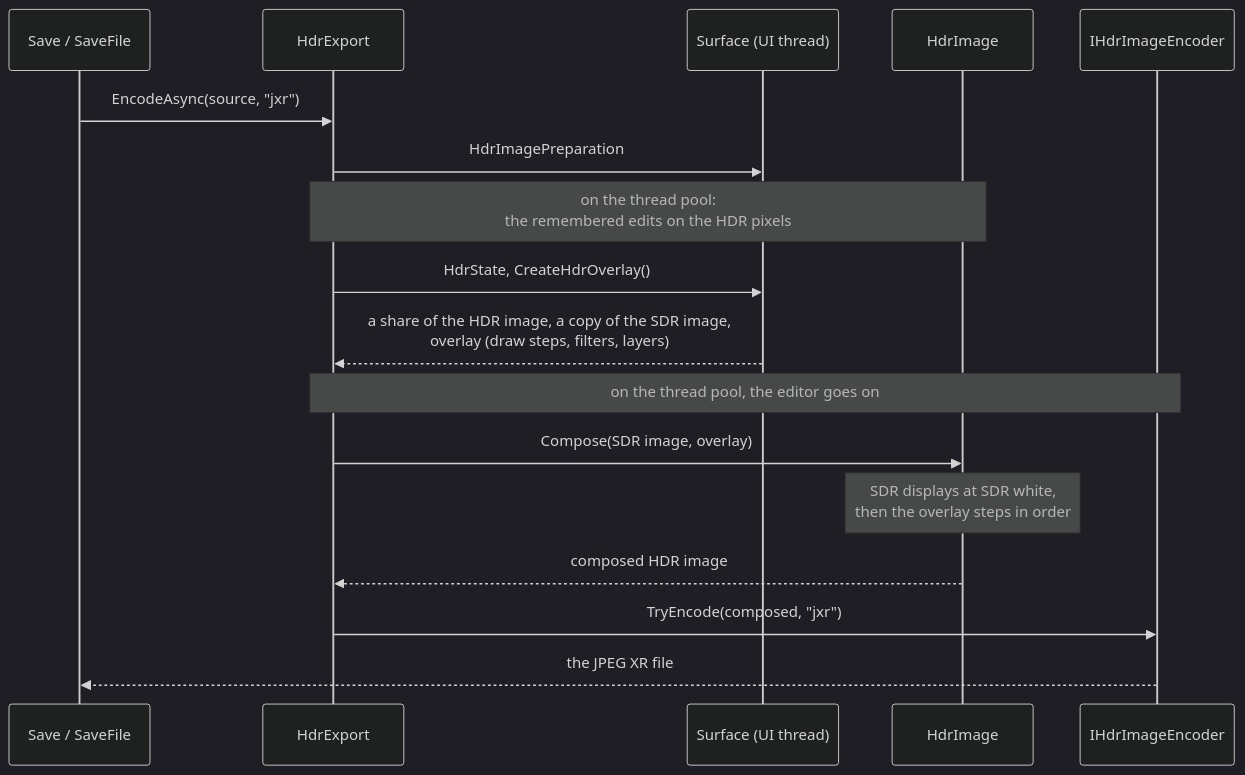
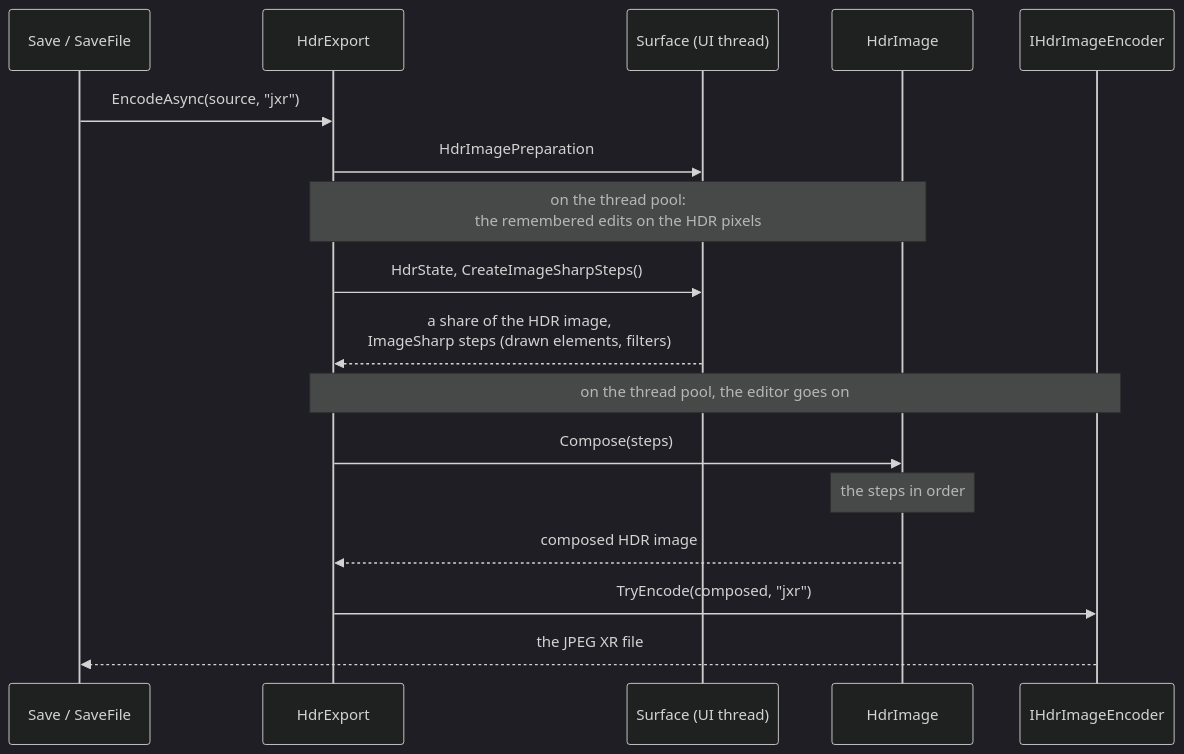
One commit to greenshot/greenshot changed the second of 3 diagrams in docs/vNext/hdr.md. Above: the diagram before and after it, drawn with Mermaid (dark theme). The commit also changed other lines of this file and 52 other files, not shown here.

First line of the commit message:
One HDR image of the whole capture, draw applied cut marks and torn edges in HDR (#1688)

````diff
--- a/docs/vNext/hdr.md
+++ b/docs/vNext/hdr.md
@@ -135,19 +144,19 @@
 ```mermaid
 sequenceDiagram
     participant Save as Save / SaveFile
     participant Export as HdrExport
     participant Surface as Surface (UI thread)
     participant Hdr as HdrImage
     participant Wic as IHdrImageEncoder
     Save->>Export: EncodeAsync(source, "jxr")
     Export->>Surface: HdrImagePreparation
     Note over Export,Hdr: on the thread pool:<br/>the remembered edits on the HDR pixels
-    Export->>Surface: HdrState, CreateHdrOverlay()
-    Surface-->>Export: a share of the HDR image, a copy of the SDR image,<br/>overlay (draw steps, filters, layers)
+    Export->>Surface: HdrState, CreateImageSharpSteps()
+    Surface-->>Export: a share of the HDR image,<br/>ImageSharp steps (drawn elements, filters)
     Note over Export,Wic: on the thread pool, the editor goes on
-    Export->>Hdr: Compose(SDR image, overlay)
-    Note over Hdr: SDR displays at SDR white,<br/>then the overlay steps in order
+    Export->>Hdr: Compose(steps)
+    Note over Hdr: the steps in order
     Hdr-->>Export: composed HDR image
     Export->>Wic: TryEncode(composed, "jxr")
     Wic-->>Save: the JPEG XR file
 ```
````
